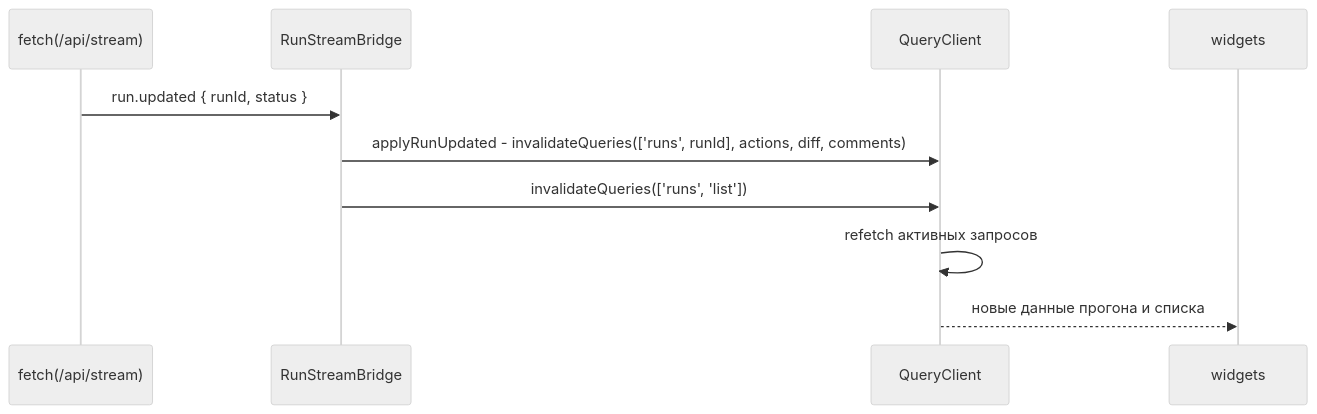
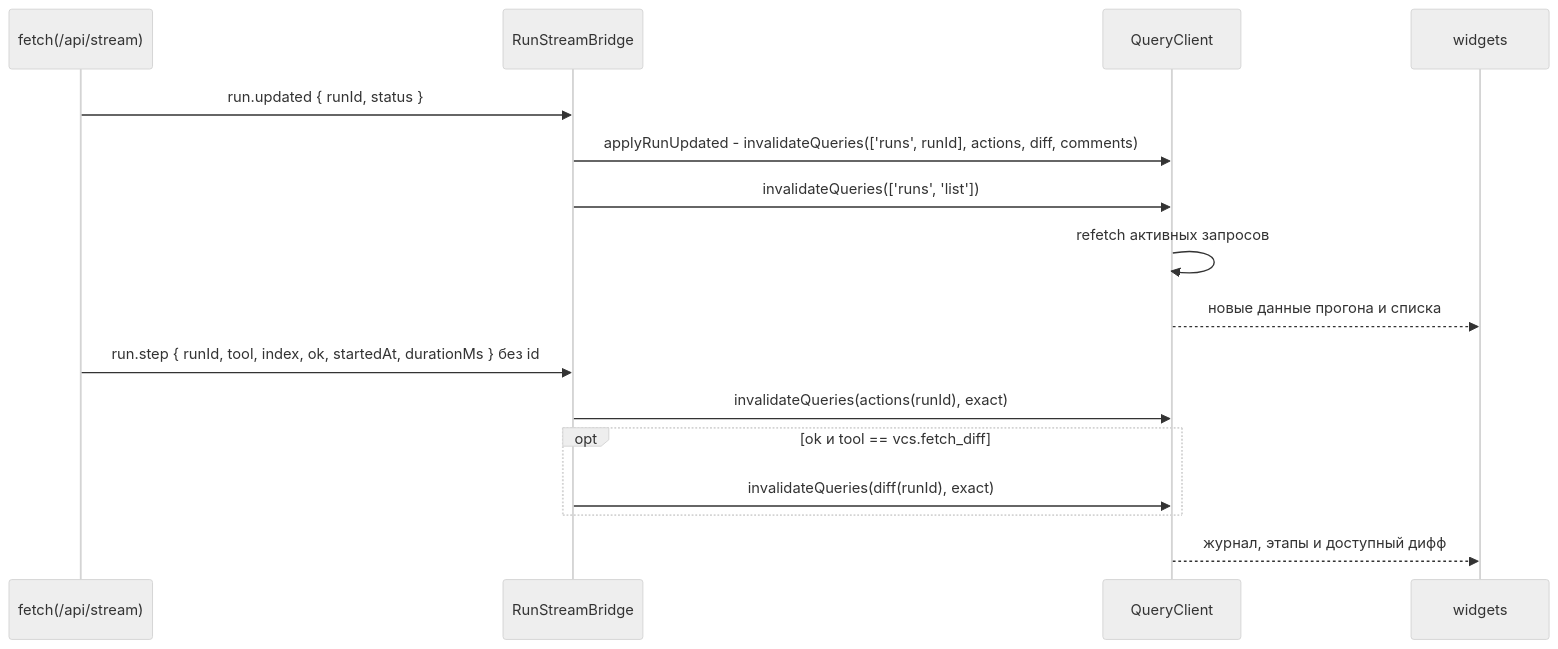
The second of 4 diagrams in docs/FRONTEND_ARCHITECTURE.md (larchanka-training/dmc-268-ui-t6), drawn with Mermaid (neutral theme) before and after one commit. The commit also changed other lines of this file and 17 other files, not shown here.

First line of the commit message:
feat(runs): refresh actions and diff from step events (#113) (#156)

````diff
--- a/docs/FRONTEND_ARCHITECTURE.md
+++ b/docs/FRONTEND_ARCHITECTURE.md
@@ -931,13 +943,19 @@
 ```mermaid
 sequenceDiagram
   participant SSE as fetch(/api/stream)
   participant Bridge as RunStreamBridge
   participant QC as QueryClient
   participant UI as widgets
 
   SSE->>Bridge: run.updated { runId, status }
   Bridge->>QC: applyRunUpdated - invalidateQueries(['runs', runId], actions, diff, comments)
   Bridge->>QC: invalidateQueries(['runs', 'list'])
   QC->>QC: refetch активных запросов
   QC-->>UI: новые данные прогона и списка
+  SSE->>Bridge: run.step { runId, tool, index, ok, startedAt, durationMs } без id
+  Bridge->>QC: invalidateQueries(actions(runId), exact)
+  opt ok и tool == vcs.fetch_diff
+    Bridge->>QC: invalidateQueries(diff(runId), exact)
+  end
+  QC-->>UI: журнал, этапы и доступный дифф
 ```
````
